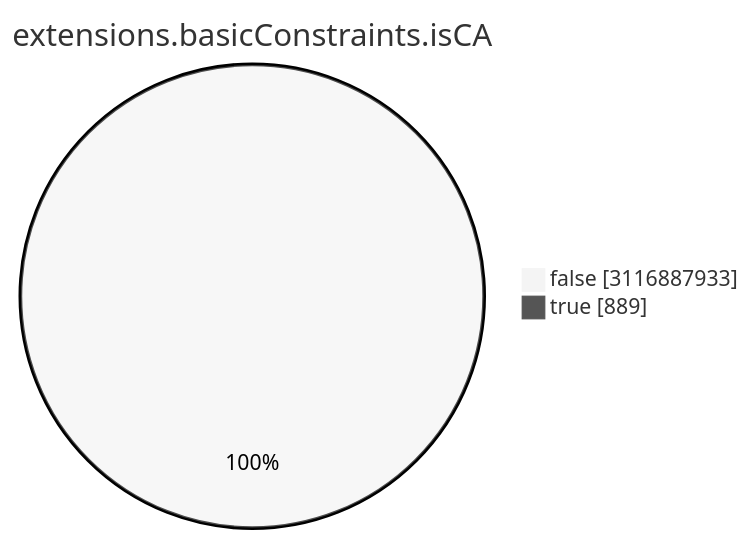
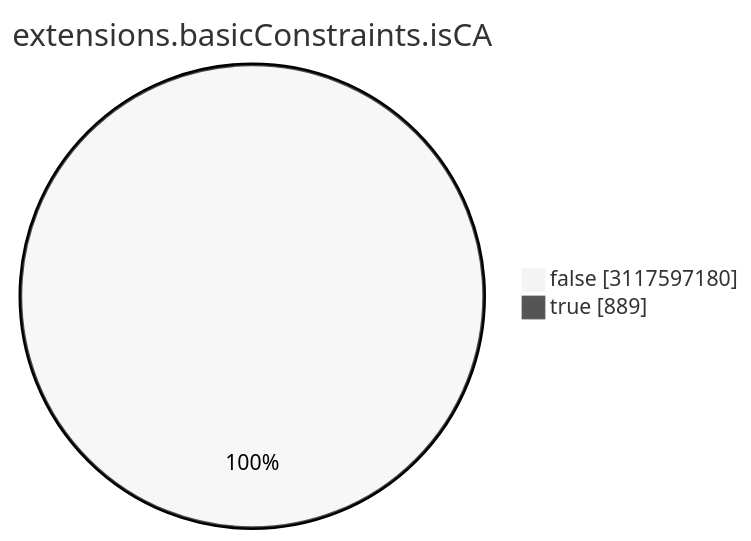
The seventh of 15 diagrams in TOTAL/README.md (christiankrug/ctmonitor_visualization), drawn with Mermaid (neutral theme) before and after one commit. The commit also changed other lines of this file, not shown here.

````diff
--- a/TOTAL/README.md
+++ b/TOTAL/README.md
@@ -3088,6 +3088,6 @@
 ```mermaid
 pie showData
 title extensions.basicConstraints.isCA
-"false" :3116887933
+"false" :3117597180
 "true" :889
 ```
````
